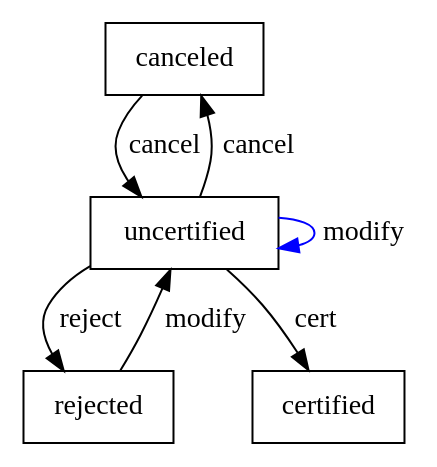
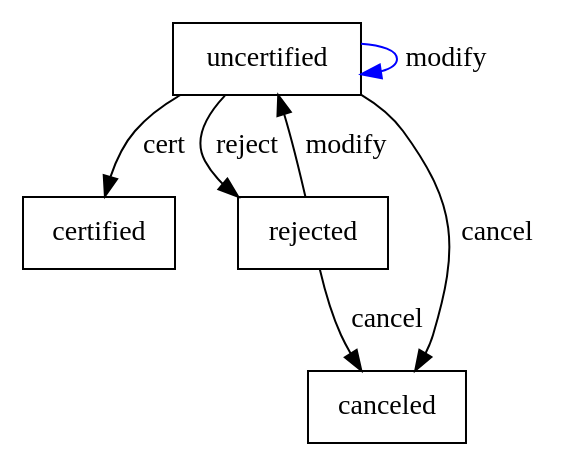
The diagram in README.md (clszzyh/flexflow), drawn with Graphviz before and after one commit. The commit also changed other lines of this file and 6 other files, not shown here.

````diff
--- a/README.md
+++ b/README.md
@@ -79,17 +79,17 @@
 ```dot
 // custom_mark10
 digraph verify {
   size = "4,4";
-  canceled [label=canceled,shape=box];
+  uncertified [label=uncertified,shape=box];
   certified [label=certified,shape=box];
   rejected [label=rejected,shape=box];
-  uncertified [label=uncertified,shape=box];
-  canceled -> uncertified [label=cancel];
-  uncertified -> canceled [label=cancel];
+  canceled [label=canceled,shape=box];
   uncertified -> certified [label=cert];
-  rejected -> uncertified [label=modify];
   uncertified -> uncertified [label=modify,color=blue];
   uncertified -> rejected [label=reject];
+  uncertified -> canceled [label=cancel];
+  rejected -> uncertified [label=modify];
+  rejected -> canceled [label=cancel];
 }
 // custom_mark10
 ```
````
